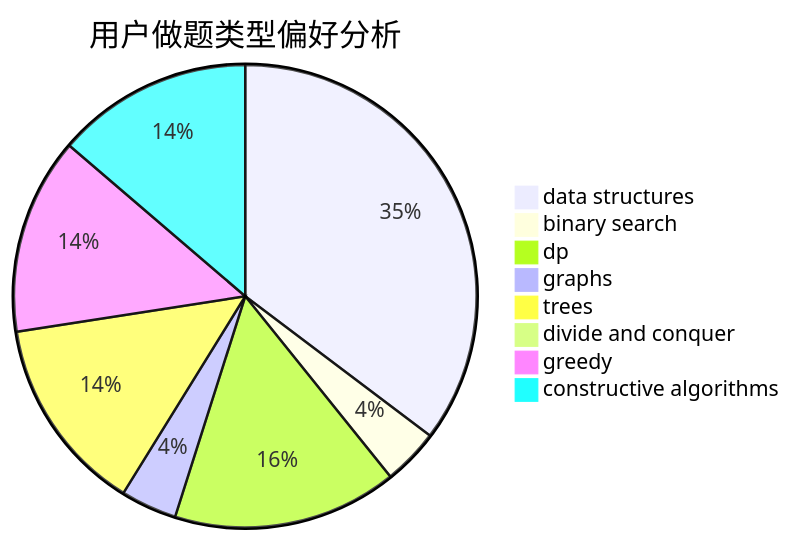
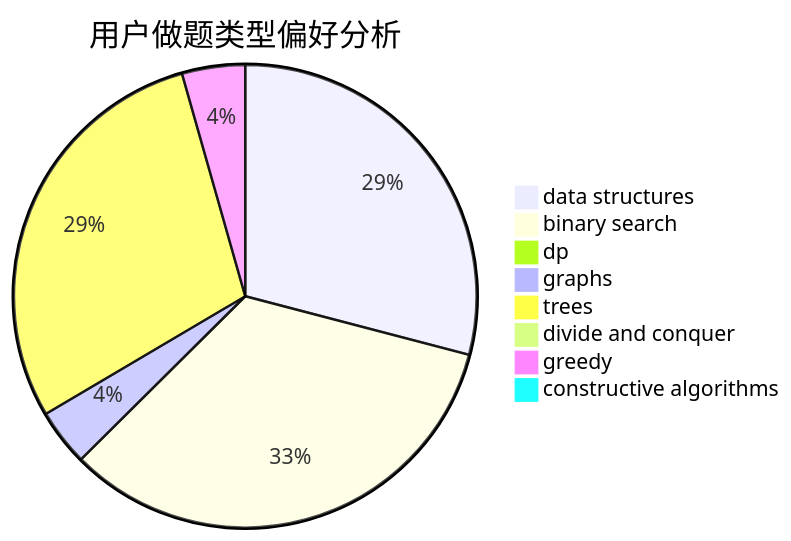
The second of 3 diagrams in docs/user/u1774.md (sherpahu/cfrs.github.io), drawn with Mermaid before and after one commit. The commit also changed other lines of this file and 2770 other files, not shown here.

````diff
--- a/docs/user/u1774.md
+++ b/docs/user/u1774.md
@@ -23,11 +23,11 @@
 ```mermaid
 pie title 用户做题类型偏好分析
-    "data structures" :  18
-    "binary search" :  2
-    "dp" :  8
-    "graphs" :  2
-    "trees" :  7
+    "data structures" :  66
+    "binary search" :  76
+    "dp" :  0
+    "graphs" :  9
+    "trees" :  66
     "divide and conquer" :  0
-    "greedy" :  7
-    "constructive algorithms" :  7
+    "greedy" :  10
+    "constructive algorithms" :  0
 ```
````
